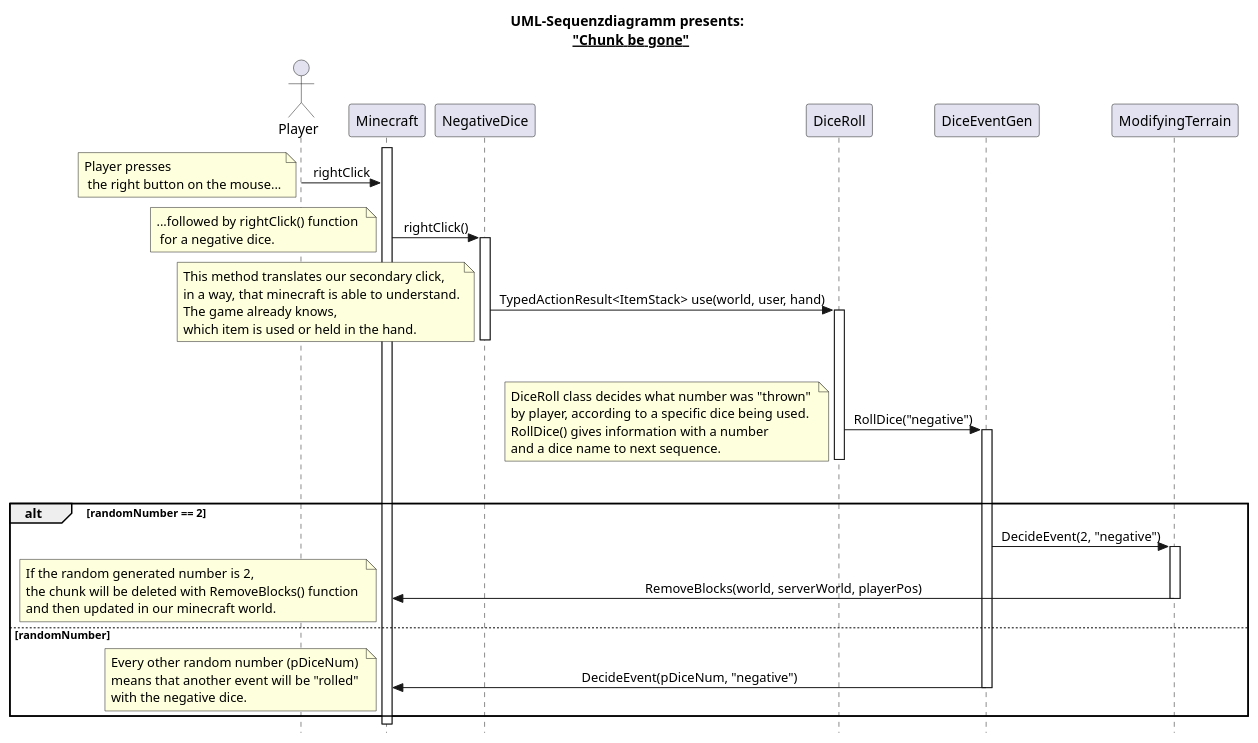
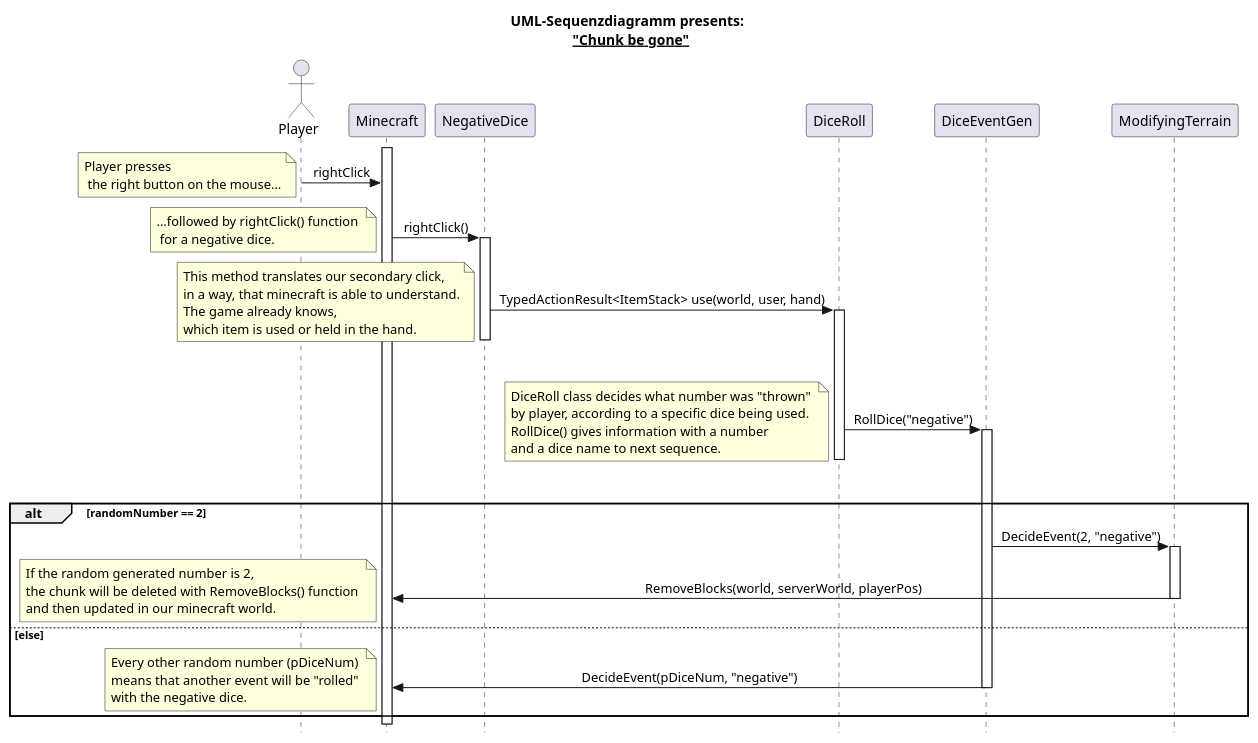
One commit to Justin383/DnM changed the diagram in src/main/resources/Sequenzdiagramm.puml. Above: the diagram before and after it, drawn with PlantUML. The commit also changed 11 other files, not shown here.

Commit message:
Sequenzdiagramm vrbessert?

```diff
--- a/src/main/resources/Sequenzdiagramm.puml
+++ b/src/main/resources/Sequenzdiagramm.puml
@@ -1,47 +1,47 @@
 @startuml
 
 skinparam sequenceMessageAlign center
 skinparam style strictuml
 title UML-Sequenzdiagramm presents: \n __"Chunk be gone"__
 
 actor Player
 participant Minecraft
 participant NegativeDice
 participant DiceRoll
 participant DiceEventGen
 participant ModifyingTerrain
 
 activate Minecraft
 
 Player -> Minecraft: rightClick
 note left: Player presses \n the right button on the mouse...
 
 Minecraft -> NegativeDice: rightClick()
 note left: ...followed by rightClick() function \n for a negative dice.
 activate NegativeDice
 
 NegativeDice -> DiceRoll: TypedActionResult<ItemStack> use(world, user, hand)
 note left: This method translates our secondary click,\nin a way, that minecraft is able to understand.\nThe game already knows,\nwhich item is used or held in the hand.
 activate DiceRoll
 deactivate NegativeDice
 
 DiceRoll -> DiceEventGen: RollDice("negative")
 note left: DiceRoll class decides what number was "thrown" \nby player, according to a specific dice being used.\nRollDice() gives information with a number \nand a dice name to next sequence.
 activate DiceEventGen
 deactivate DiceRoll
 
 alt randomNumber == 2
     DiceEventGen -> ModifyingTerrain: DecideEvent(2, "negative")
     activate ModifyingTerrain
 
     ModifyingTerrain -> Minecraft: RemoveBlocks(world, serverWorld, playerPos)
     deactivate ModifyingTerrain
     note left: If the random generated number is 2,\nthe chunk will be deleted with RemoveBlocks() function \nand then updated in our minecraft world.
 
-else randomNumber
+else else
     DiceEventGen -> Minecraft: DecideEvent(pDiceNum, "negative")
     note left: Every other random number (pDiceNum) \nmeans that another event will be "rolled" \nwith the negative dice.
     deactivate DiceEventGen
 end
 
 @enduml
```
